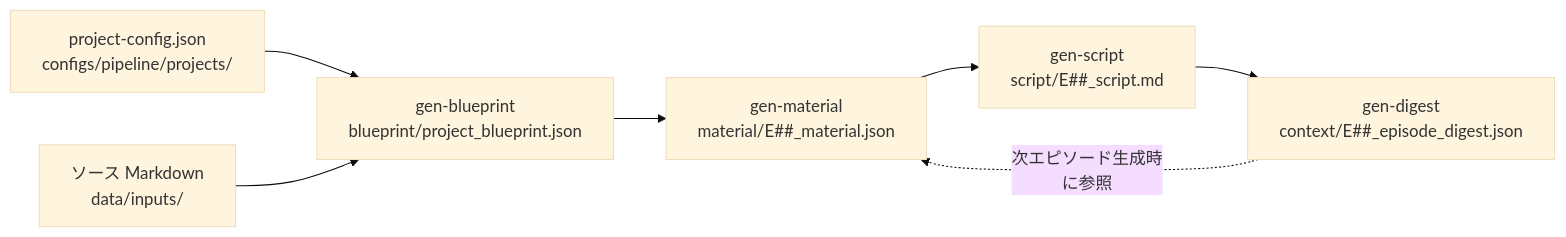
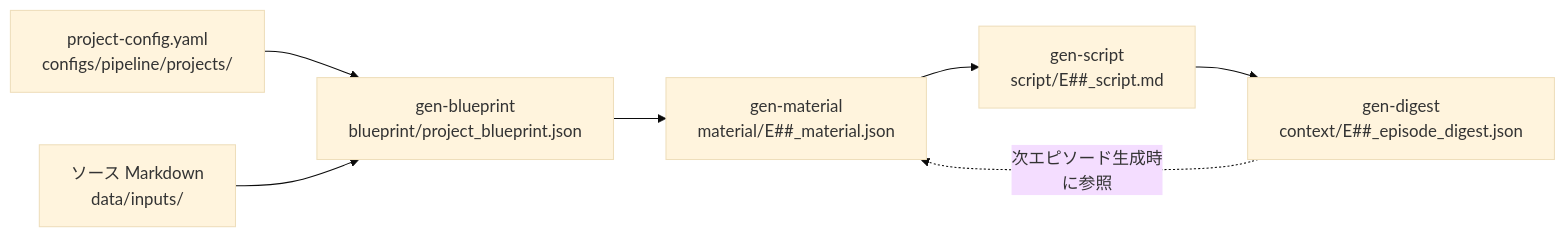
One commit to niroe5tar64/narrative-vox changed the diagram in docs/spec/01-pipeline-layer1.md. Above: the diagram before and after it, drawn with Mermaid (base theme). The commit also changed other lines of this file and 14 other files, not shown here.

First line of the commit message:
docs: config migration に伴うドキュメント参照を .yaml に更新

````diff
--- a/docs/spec/01-pipeline-layer1.md
+++ b/docs/spec/01-pipeline-layer1.md
@@ -19,15 +19,15 @@
 ```mermaid
 flowchart LR
-    PC[project-config.json\nconfigs/pipeline/projects/]
+    PC[project-config.yaml\nconfigs/pipeline/projects/]
     MD[ソース Markdown\ndata/inputs/]
 
     PC --> B
     MD --> B
 
     B["gen-blueprint\nblueprint/project_blueprint.json"]
     B --> M["gen-material\nmaterial/E##_material.json"]
     M --> S["gen-script\nscript/E##_script.md"]
     S --> D["gen-digest\ncontext/E##_episode_digest.json"]
 
     D -.->|"次エピソード生成時\nに参照"| M
 ```
````
